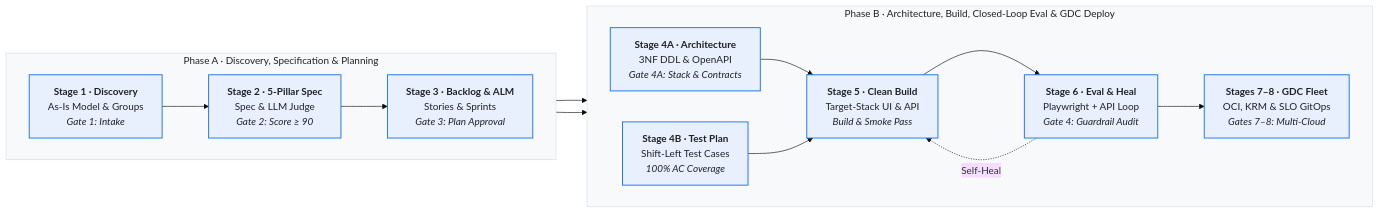
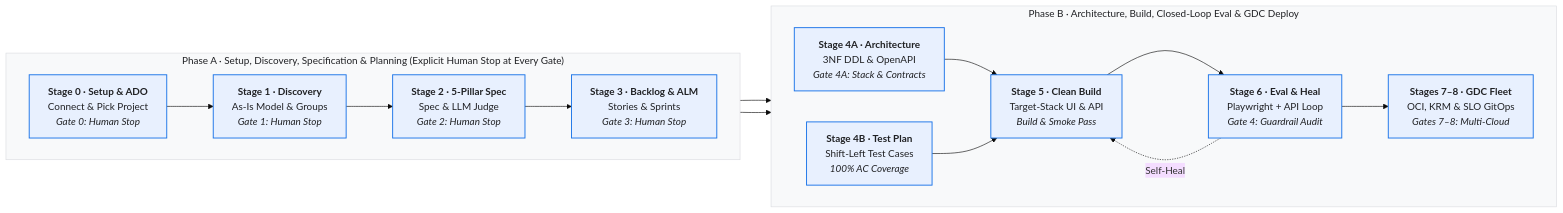
One commit to srijagannath-google/agentic-dlc changed the diagram in README.md. Above: the diagram before and after it, drawn with Mermaid (base theme). The commit also changed other lines of this file and 38 other files, not shown here.

Commit message:
feat: add Stage 0 setup & ADO/Jira project connection and machine-enforced gate tracker (v4.3.0)

````diff
--- a/README.md
+++ b/README.md
@@ -29,27 +30,28 @@
 ```mermaid
 flowchart LR
-    subgraph P1["Phase A · Discovery, Specification & Planning"]
+    subgraph P1["Phase A · Setup, Discovery, Specification & Planning (Explicit Human Stop at Every Gate)"]
         direction LR
-        S1["<b>Stage 1 · Discovery</b><br/>As-Is Model & Groups<br/><i>Gate 1: Intake</i>"]:::stage
-        S2["<b>Stage 2 · 5-Pillar Spec</b><br/>Spec & LLM Judge<br/><i>Gate 2: Score ≥ 90</i>"]:::stage
-        S3["<b>Stage 3 · Backlog & ALM</b><br/>Stories & Sprints<br/><i>Gate 3: Plan Approval</i>"]:::stage
-        S1 --> S2 --> S3
+        S0["<b>Stage 0 · Setup & ADO</b><br/>Connect & Pick Project<br/><i>Gate 0: Human Stop</i>"]:::stage
+        S1["<b>Stage 1 · Discovery</b><br/>As-Is Model & Groups<br/><i>Gate 1: Human Stop</i>"]:::stage
+        S2["<b>Stage 2 · 5-Pillar Spec</b><br/>Spec & LLM Judge<br/><i>Gate 2: Human Stop</i>"]:::stage
+        S3["<b>Stage 3 · Backlog & ALM</b><br/>Stories & Sprints<br/><i>Gate 3: Human Stop</i>"]:::stage
+        S0 --> S1 --> S2 --> S3
     end
 
     subgraph P2["Phase B · Architecture, Build, Closed-Loop Eval & GDC Deploy"]
         direction LR
         S4A["<b>Stage 4A · Architecture</b><br/>3NF DDL & OpenAPI<br/><i>Gate 4A: Stack & Contracts</i>"]:::stage
         S4B["<b>Stage 4B · Test Plan</b><br/>Shift-Left Test Cases<br/><i>100% AC Coverage</i>"]:::stage
         S5["<b>Stage 5 · Clean Build</b><br/>Target-Stack UI & API<br/><i>Build & Smoke Pass</i>"]:::stage
         S6["<b>Stage 6 · Eval & Heal</b><br/>Playwright + API Loop<br/><i>Gate 4: Guardrail Audit</i>"]:::stage
         S78["<b>Stages 7–8 · GDC Fleet</b><br/>OCI, KRM & SLO GitOps<br/><i>Gates 7–8: Multi-Cloud</i>"]:::stage
         S4A & S4B --> S5 --> S6 --> S78
     end
 
     S3 --> S4A & S4B
     S6 -.->|"Self-Heal"| S5
 
     classDef stage fill:#E8F0FE,stroke:#1A73E8,stroke-width:1.5px,color:#202124;
     style P1 fill:#F8F9FA,stroke:#DADCE0,stroke-width:1px,color:#202124
     style P2 fill:#F8F9FA,stroke:#DADCE0,stroke-width:1px,color:#202124
 ```
````
